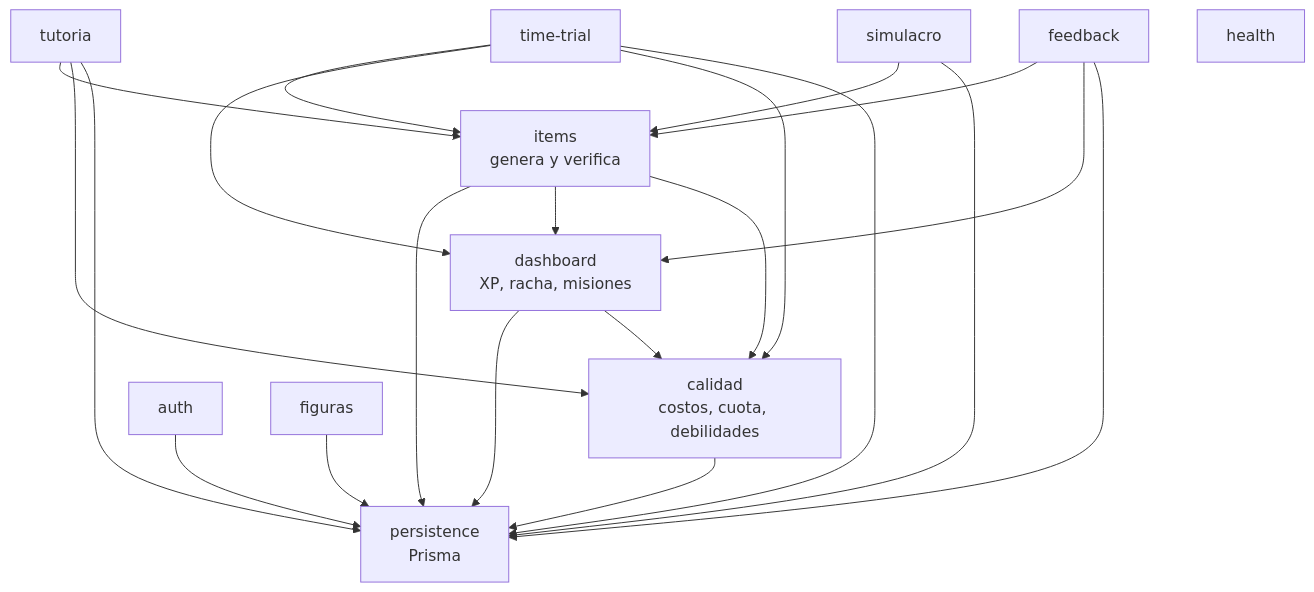
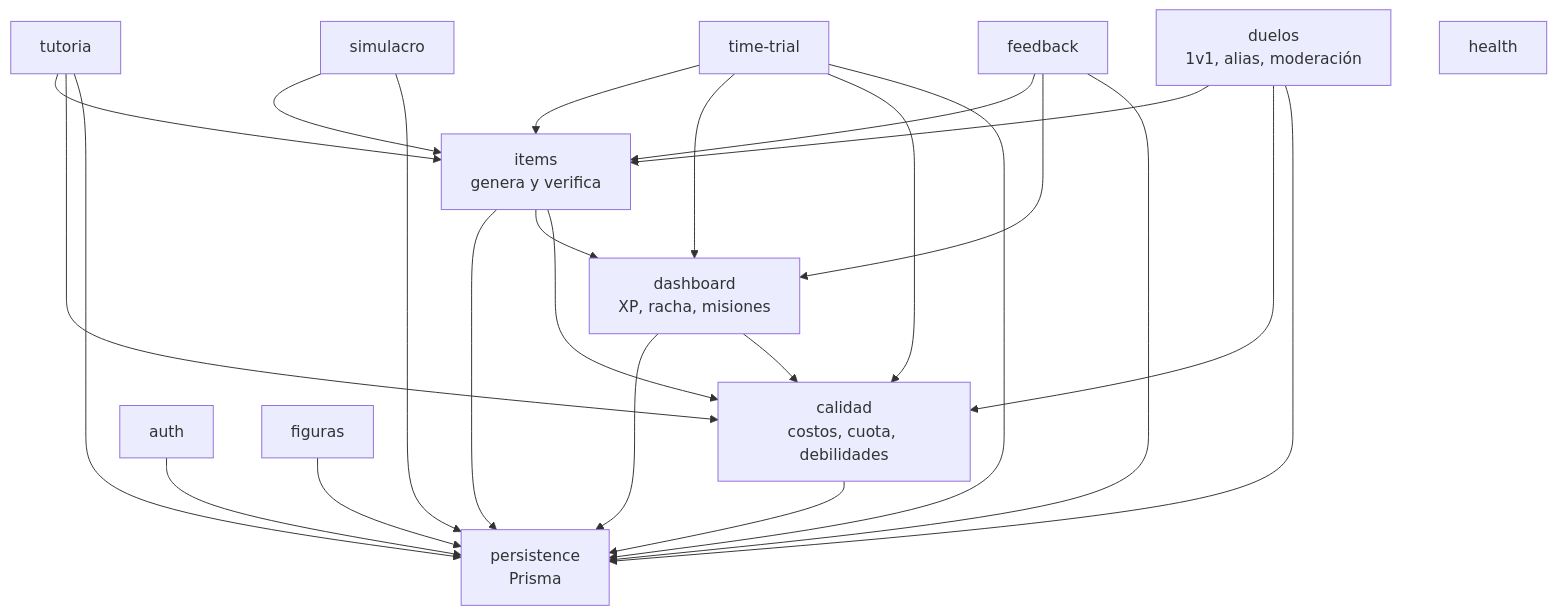
One commit to diegowritescode/aicfes-backend changed the second of 7 diagrams in docs/ARQUITECTURA.md. Above: the diagram before and after it, drawn with Mermaid. The commit also changed other lines of this file and 5 other files, not shown here.

````diff
--- a/docs/ARQUITECTURA.md
+++ b/docs/ARQUITECTURA.md
@@ -53,35 +53,39 @@
 ```mermaid
 flowchart TD
     persistence["persistence<br/>Prisma"]
     calidad["calidad<br/>costos, cuota, debilidades"]
     items["items<br/>genera y verifica"]
     dashboard["dashboard<br/>XP, racha, misiones"]
     auth["auth"]
     tutoria["tutoria"]
     simulacro["simulacro"]
     timetrial["time-trial"]
+    duelos["duelos<br/>1v1, alias, moderación"]
     feedback["feedback"]
     figuras["figuras"]
     health["health"]
 
     auth --> persistence
     calidad --> persistence
     figuras --> persistence
     dashboard --> persistence
     dashboard --> calidad
     items --> persistence
     items --> dashboard
     items --> calidad
     tutoria --> items
     tutoria --> calidad
     tutoria --> persistence
     simulacro --> items
     simulacro --> persistence
     timetrial --> items
     timetrial --> dashboard
     timetrial --> calidad
     timetrial --> persistence
     feedback --> items
     feedback --> dashboard
     feedback --> persistence
+    duelos --> items
+    duelos --> calidad
+    duelos --> persistence
 ```
````
